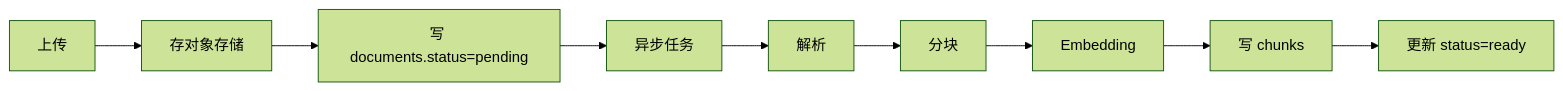
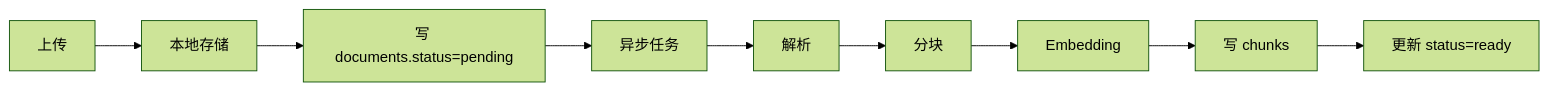
The third of 3 diagrams in spec/spec.md (StormJosephLee/SmartQA), drawn with Mermaid (forest theme) before and after one commit. The commit also changed 96 other files, not shown here.

````diff
--- a/spec/spec.md
+++ b/spec/spec.md
@@ -161,11 +161,11 @@
 ```mermaid
 flowchart LR
-    A[上传] --> B[存对象存储]
+    A[上传] --> B[本地存储]
     B --> C[写 documents.status=pending]
     C --> D[异步任务]
     D --> E[解析]
     E --> F[分块]
     F --> G[Embedding]
     G --> H[写 chunks]
     H --> I[更新 status=ready]
 ```
````
